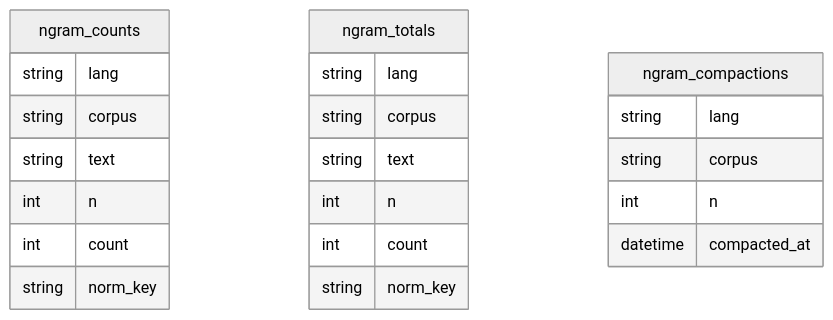
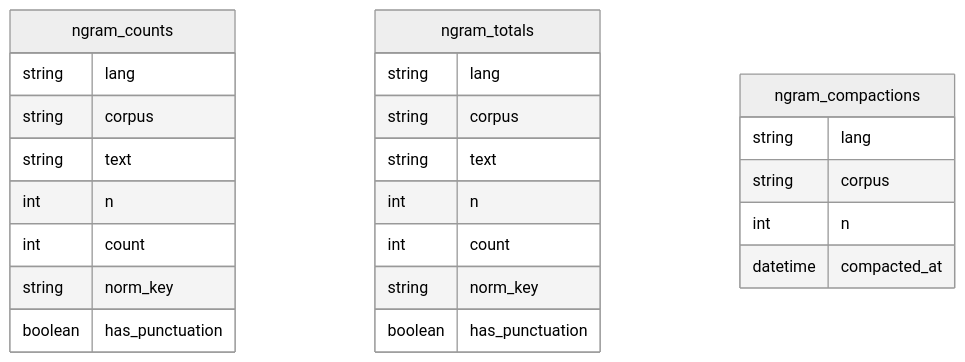
Before and after one commit to CristoJV/semordnilap: the second of 2 diagrams in docs/guides/ngrams.md, drawn with Mermaid (neutral theme). The commit also changed other lines of this file and 13 other files, not shown here.

````diff
--- a/docs/guides/ngrams.md
+++ b/docs/guides/ngrams.md
@@ -70,25 +74,27 @@
 ```mermaid
 erDiagram
     ngram_counts {
         string lang
         string corpus
         string text
         int n
         int count
         string norm_key
+        boolean has_punctuation
     }
     ngram_totals {
         string lang
         string corpus
         string text
         int n
         int count
         string norm_key
+        boolean has_punctuation
     }
     ngram_compactions {
         string lang
         string corpus
         int n
         datetime compacted_at
     }
 ```
````
